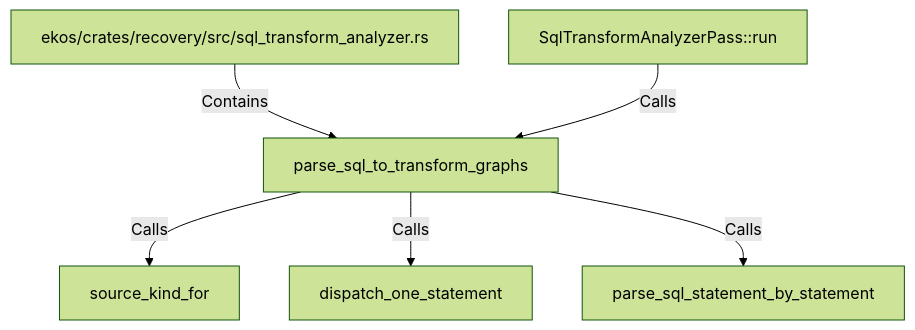
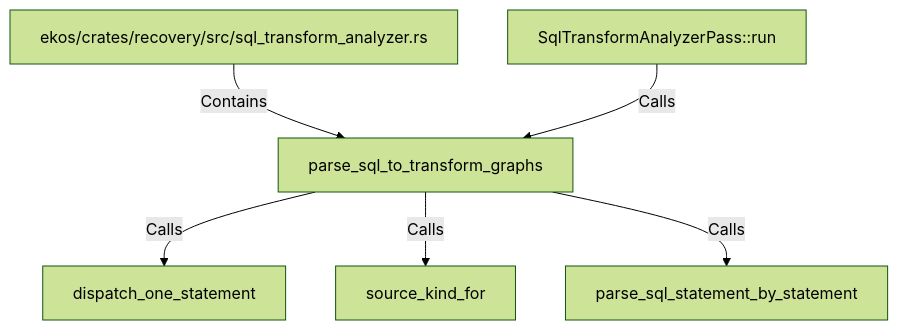
One commit to alexeyban/EKOS changed the diagram in doc/entities/rustsymbol/pa/parse-sql-to-transform-graphs.md. Above: the diagram before and after it, drawn with Mermaid (forest theme). The commit also changed other lines of this file and 552 other files, not shown here.

````diff
--- a/doc/entities/rustsymbol/pa/parse-sql-to-transform-graphs.md
+++ b/doc/entities/rustsymbol/pa/parse-sql-to-transform-graphs.md
@@ -24,14 +24,14 @@
 ```mermaid
 graph TD
     nfbbf8304b13951e0bbeba3ae80044130["parse_sql_to_transform_graphs"]
     n987e3fbb31ec576db7947e801336e8c8["ekos/crates/recovery/src/sql_transform_analyzer.rs"]
     n987e3fbb31ec576db7947e801336e8c8 -->|Contains| nfbbf8304b13951e0bbeba3ae80044130
     na302c2b72c9259a6a736fe9a0a524950["SqlTransformAnalyzerPass::run"]
     na302c2b72c9259a6a736fe9a0a524950 -->|Calls| nfbbf8304b13951e0bbeba3ae80044130
+    n23b79c8c17485c88b609df3f07bd4779["dispatch_one_statement"]
+    nfbbf8304b13951e0bbeba3ae80044130 -->|Calls| n23b79c8c17485c88b609df3f07bd4779
     nba3fe2cb687253a689b5d5ee2fcd2402["source_kind_for"]
     nfbbf8304b13951e0bbeba3ae80044130 -->|Calls| nba3fe2cb687253a689b5d5ee2fcd2402
-    n23b79c8c17485c88b609df3f07bd4779["dispatch_one_statement"]
-    nfbbf8304b13951e0bbeba3ae80044130 -->|Calls| n23b79c8c17485c88b609df3f07bd4779
     n5496bf596cfe52088e5c2ac011f7f9d8["parse_sql_statement_by_statement"]
     nfbbf8304b13951e0bbeba3ae80044130 -->|Calls| n5496bf596cfe52088e5c2ac011f7f9d8
 ```
````
